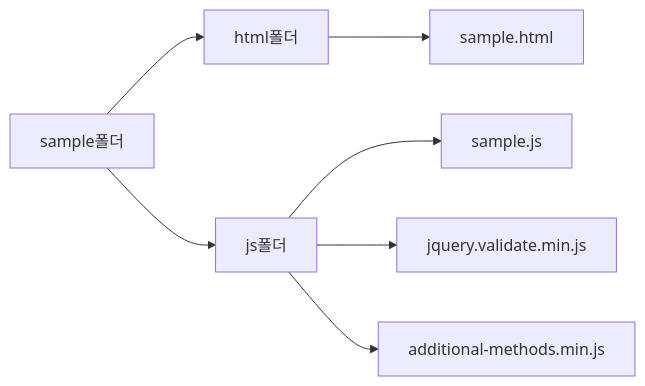
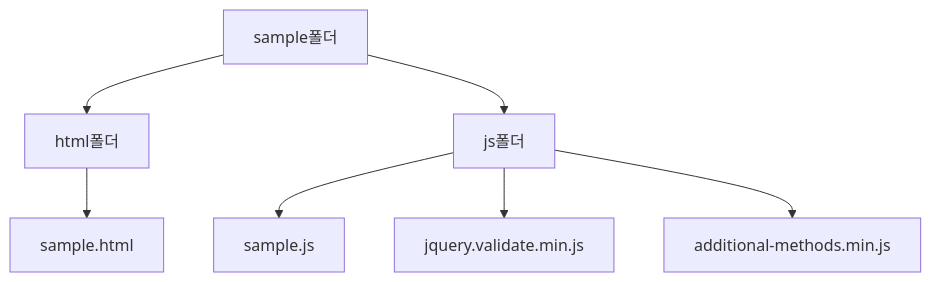
One commit to st8324/Docs changed the diagram in 플러그인을 이용한 Validation 검사.md. Above: the diagram before and after it, drawn with Mermaid.

Commit message:
그래프 수정

````diff
--- a/플러그인을 이용한 Validation 검사.md
+++ b/플러그인을 이용한 Validation 검사.md
@@ -28,12 +28,12 @@
   ```mermaid
-  graph LR;
+  graph TD;
       sample폴더-->html폴더;
       sample폴더-->js폴더;
       html폴더-->sample.html
       js폴더-->sample.js
       js폴더-->jquery.validate.min.js
       js폴더-->additional-methods.min.js
       
       
       
   ```
````
